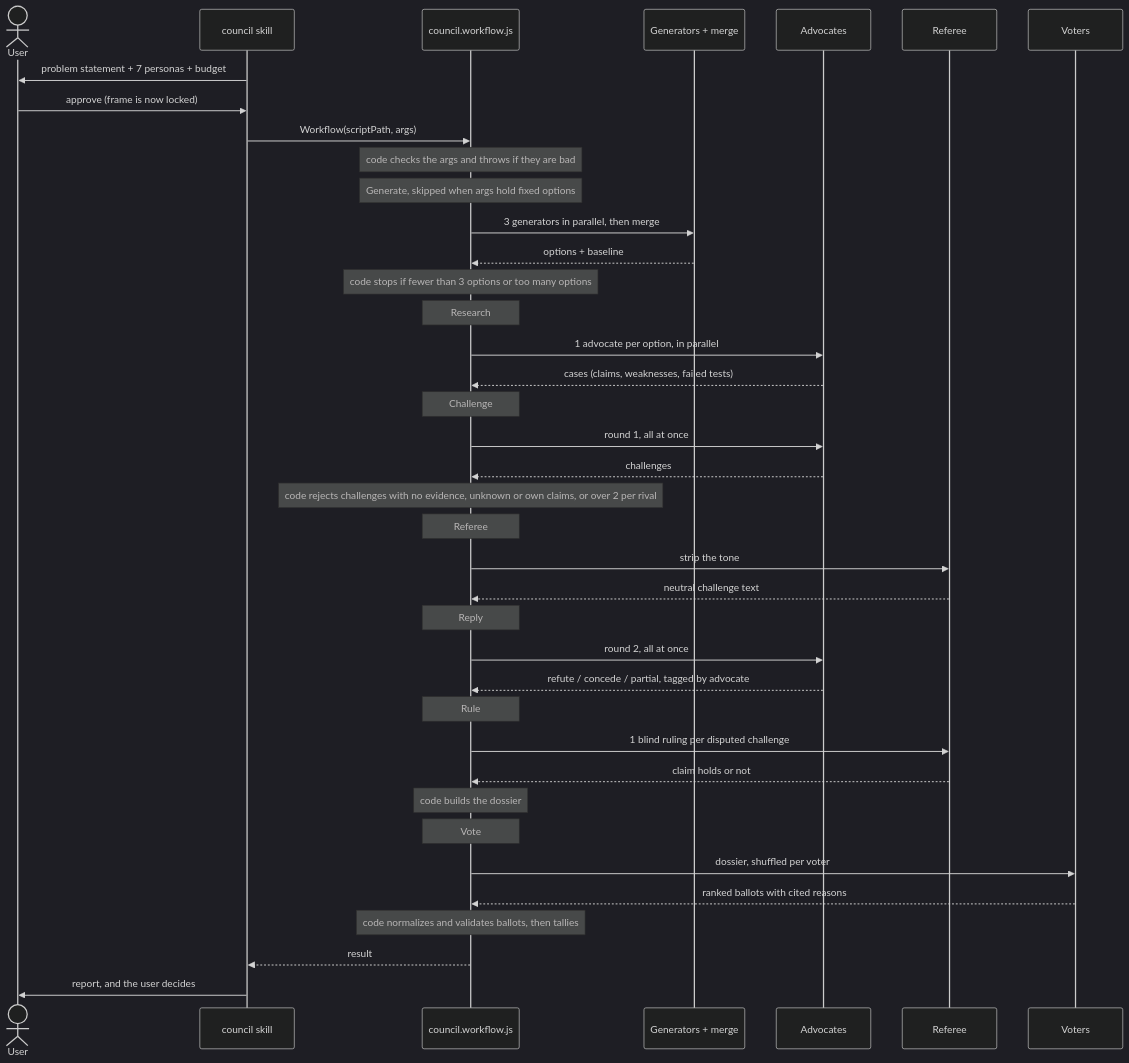
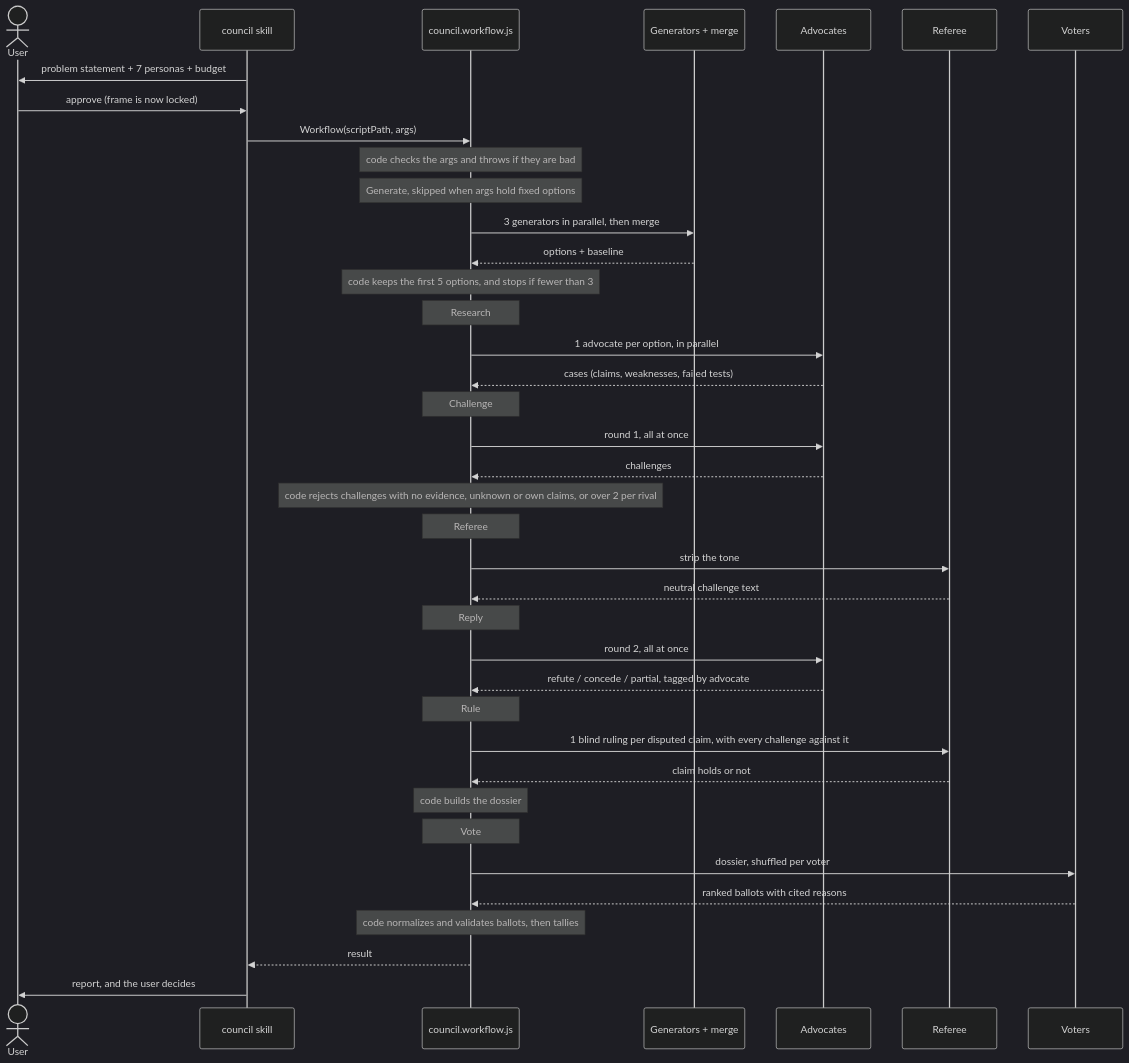
The second of 3 diagrams in docs/architecture.md (mattbran87/council-mode), drawn with Mermaid (dark theme) before and after one commit. The commit also changed other lines of this file and 3 other files, not shown here.

First line of the commit message:
Document the option cap, per-claim rulings, baseline rule, and stubbornness threshold

````diff
--- a/docs/architecture.md
+++ b/docs/architecture.md
@@ -42,41 +42,41 @@
 ```mermaid
 sequenceDiagram
   actor U as User
   participant S as council skill
   participant W as council.workflow.js
   participant G as Generators + merge
   participant A as Advocates
   participant R as Referee
   participant V as Voters
   S->>U: problem statement + 7 personas + budget
   U->>S: approve (frame is now locked)
   S->>W: Workflow(scriptPath, args)
   Note over W: code checks the args and throws if they are bad
   Note over W: Generate, skipped when args hold fixed options
   W->>G: 3 generators in parallel, then merge
   G-->>W: options + baseline
-  Note over W: code stops if fewer than 3 options or too many options
+  Note over W: code keeps the first 5 options, and stops if fewer than 3
   Note over W: Research
   W->>A: 1 advocate per option, in parallel
   A-->>W: cases (claims, weaknesses, failed tests)
   Note over W: Challenge
   W->>A: round 1, all at once
   A-->>W: challenges
   Note over W: code rejects challenges with no evidence, unknown or own claims, or over 2 per rival
   Note over W: Referee
   W->>R: strip the tone
   R-->>W: neutral challenge text
   Note over W: Reply
   W->>A: round 2, all at once
   A-->>W: refute / concede / partial, tagged by advocate
   Note over W: Rule
-  W->>R: 1 blind ruling per disputed challenge
+  W->>R: 1 blind ruling per disputed claim, with every challenge against it
   R-->>W: claim holds or not
   Note over W: code builds the dossier
   Note over W: Vote
   W->>V: dossier, shuffled per voter
   V-->>W: ranked ballots with cited reasons
   Note over W: code normalizes and validates ballots, then tallies
   W-->>S: result
   S->>U: report, and the user decides
 ```
````
